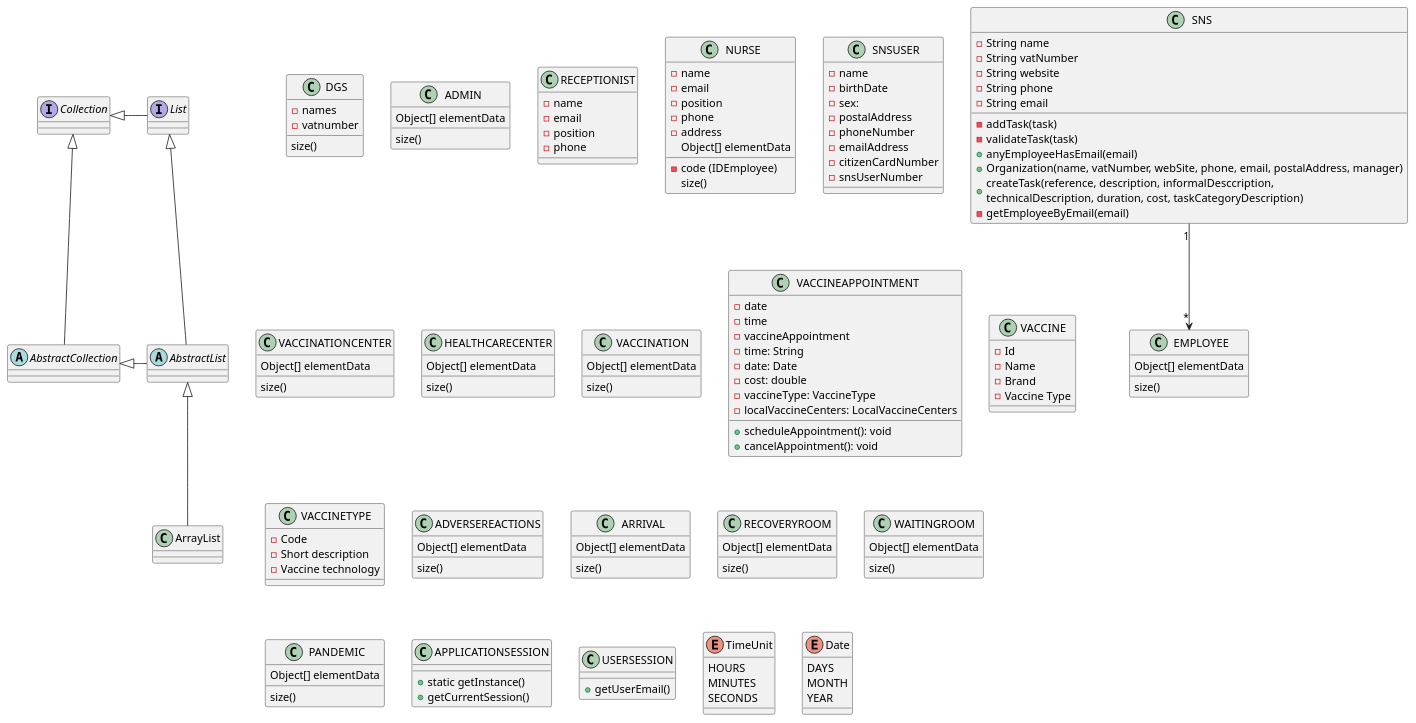
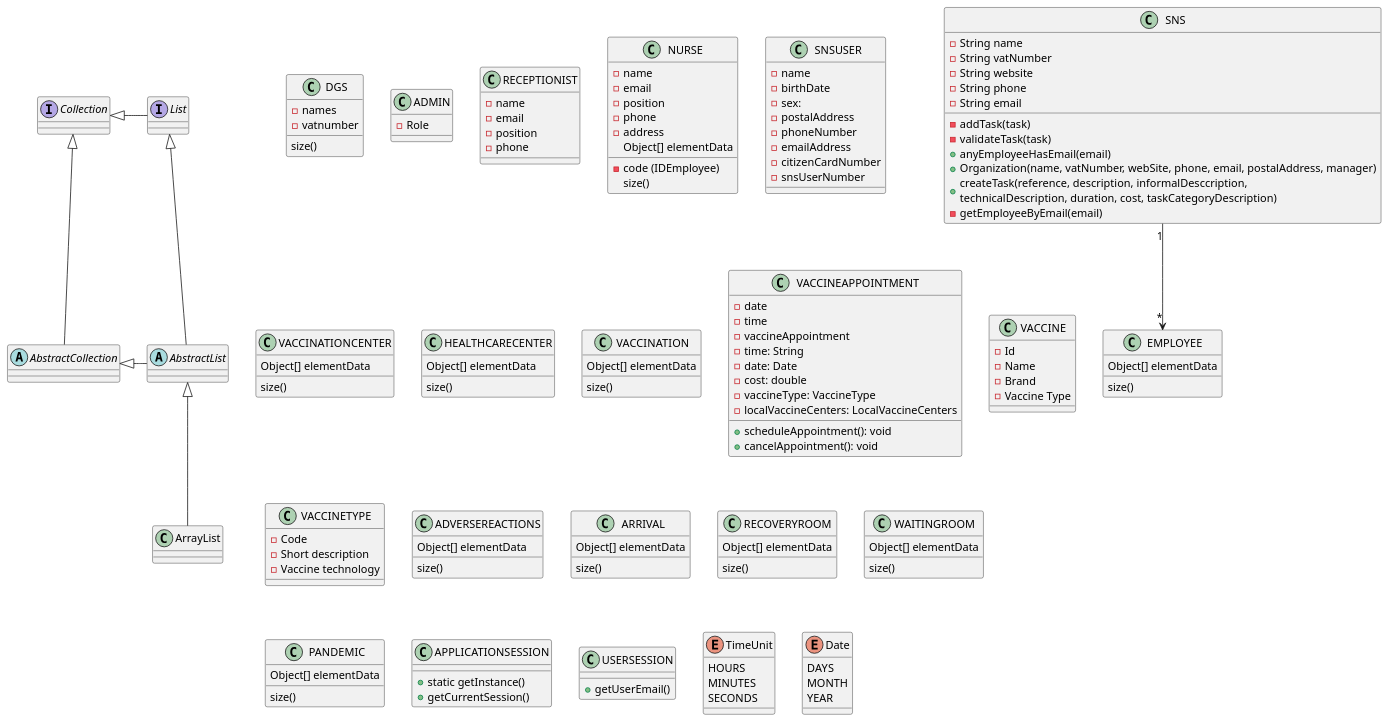
The diagram in src/main/puml/DomainBase/dados.puml (veracunha12/BaseDadosDomain), drawn with PlantUML before and after one commit.

```diff
--- a/src/main/puml/DomainBase/dados.puml
+++ b/src/main/puml/DomainBase/dados.puml
@@ -1,158 +1,158 @@
 @startuml
 'https://plantuml.com/class-diagram
 
 abstract class AbstractList
 abstract AbstractCollection
 interface List
 interface Collection
 
 List <|-- AbstractList
 Collection <|-- AbstractCollection
 
 Collection <|- List
 AbstractCollection <|- AbstractList
 AbstractList <|-- ArrayList
 
 SNS "1" --> "*" EMPLOYEE
 
 
 
 
 
 
 class DGS {
     - names
     -vatnumber
      size()
 }
 
 class SNS {
   - String name
     - String vatNumber
     - String website
     - String phone
     - String email
 
     - addTask(task)
     - validateTask(task)
     + anyEmployeeHasEmail(email)
     + Organization(name, vatNumber, webSite, phone, email, postalAddress, manager)
     + createTask(reference, description, informalDesccription,\ntechnicalDescription, duration, cost, taskCategoryDescription)
     - getEmployeeByEmail(email)
 
 }
 class EMPLOYEE {
 Object[] elementData
 size()
 }
 class ADMIN {
-Object[] elementData
-size()
+-Role
+
 }
 class RECEPTIONIST {
  - name
  - email
  - position
  - phone
 }
 class NURSE {
    -name
    - email
    - position
    - phone
    -address
    - code (IDEmployee)
 Object[] elementData
 size()
 }
 class SNSUSER {
 - name
 - birthDate
 - sex:
 - postalAddress
 - phoneNumber
 - emailAddress
 - citizenCardNumber
 - snsUserNumber
 }
 class VACCINATIONCENTER {
 Object[] elementData
 size()
 }
 class HEALTHCARECENTER {
 Object[] elementData
 size()
 }
 class VACCINATION {
 Object[] elementData
 size()
 }
 class VACCINEAPPOINTMENT {
 - date
 - time
 - vaccineAppointment
 }
 class VACCINE {
 -Id
 -Name
 -Brand
 -Vaccine Type
 }
 class VACCINETYPE{
  -Code
  -Short description
  -Vaccine technology
 }
 class VACCINEAPPOINTMENT {
     - time: String
     - date: Date
     - cost: double
     - vaccineType: VaccineType
     - localVaccineCenters: LocalVaccineCenters
 
     + scheduleAppointment(): void
     + cancelAppointment(): void
 
 }
 class ADVERSEREACTIONS {
 Object[] elementData
 size()
 }
 class ARRIVAL{
 Object[] elementData
 size()
 }
 class RECOVERYROOM{
 Object[] elementData
 size()
 }
 class WAITINGROOM {
 Object[] elementData
 size()
 }
 class PANDEMIC {
 Object[] elementData
 size()
 }
 class APPLICATIONSESSION{
     + static getInstance()
     + getCurrentSession()
 
 }
 class USERSESSION {
 + getUserEmail()
 
 }
 enum TimeUnit {
 HOURS
 MINUTES
 SECONDS
 }
 
 enum Date {
 DAYS
 MONTH
 YEAR
 }
 
 @enduml
```
